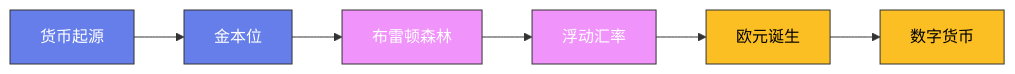
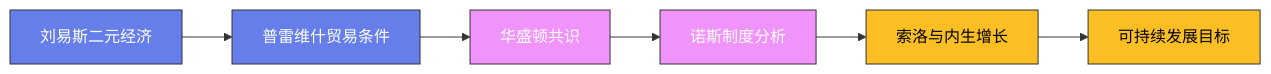
The diagram in content/posts/ModelCreate/经济学与金融/09-发展经济学.md (Fengur/Fengur.github.io), drawn with Mermaid before and after one commit. The commit also changed 118 other files, not shown here.

````diff
--- a/content/posts/ModelCreate/经济学与金融/09-发展经济学.md
+++ b/content/posts/ModelCreate/经济学与金融/09-发展经济学.md
@@ -67,16 +67,16 @@
 ```mermaid
 graph LR
-    A["货币起源"] --> B["金本位"]
-    B --> C["布雷顿森林"]
-    C --> D["浮动汇率"]
-    D --> E["欧元诞生"]
-    E --> F["数字货币"]
+    A["刘易斯二元经济"] --> B["普雷维什贸易条件"]
+    B --> C["华盛顿共识"]
+    C --> D["诺斯制度分析"]
+    D --> E["索洛与内生增长"]
+    E --> F["可持续发展目标"]
 
     classDef early fill:#667eea,stroke:#333,color:white
     classDef mid fill:#f093fb,stroke:#333,color:white
     classDef modern fill:#fbbf24,stroke:#333,color:black
 
     class A,B early
     class C,D mid
     class E,F modern
 ```
````
